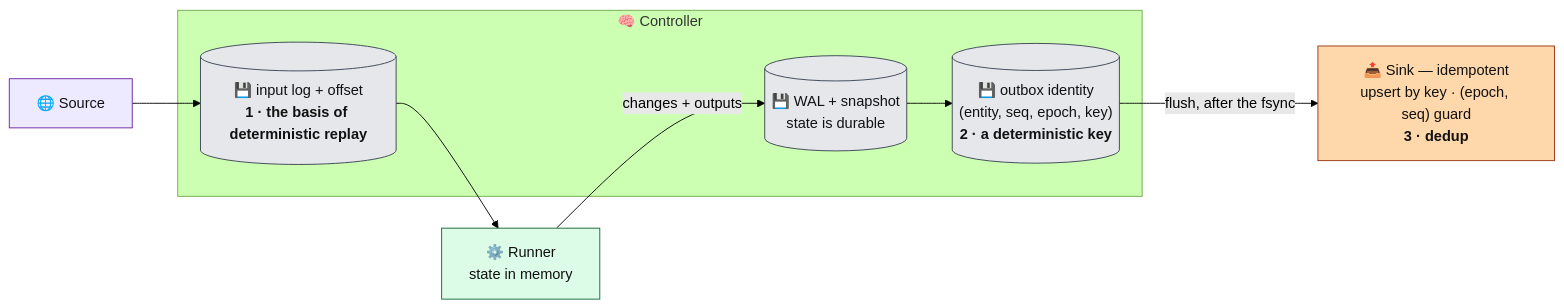
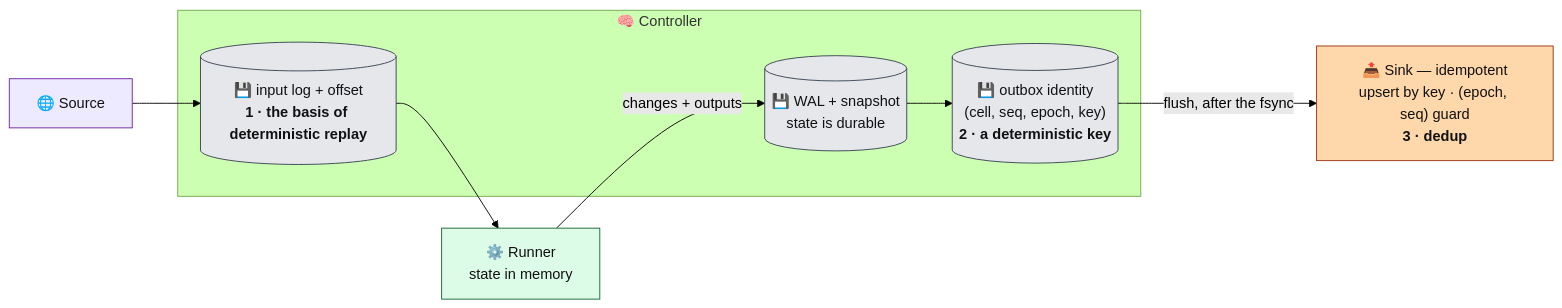
The eighth of 17 diagrams in docs/architecture/kernel.md (Flezha/flezha), drawn with Mermaid (forest theme) before and after one commit. The commit also changed other lines of this file and 604 other files, not shown here.

First line of the commit message:
Rename Procedure to Tasklet and Entity to Cell

````diff
--- a/docs/architecture/kernel.md
+++ b/docs/architecture/kernel.md
@@ -394,23 +394,23 @@
 ```mermaid
 flowchart LR
     SRC["🌐 Source"]:::src
     subgraph CTRL["🧠 Controller"]
         IL[("💾 input log + offset<br/><b>1 · the basis of deterministic replay</b>")]:::store
         WAL2[("💾 WAL + snapshot<br/>state is durable")]:::store
-        OB[("💾 outbox identity<br/>(entity, seq, epoch, key)<br/><b>2 · a deterministic key</b>")]:::store
+        OB[("💾 outbox identity<br/>(cell, seq, epoch, key)<br/><b>2 · a deterministic key</b>")]:::store
     end
     EX["⚙️ Runner<br/>state in memory"]:::exec
     SINK["📤 Sink — idempotent<br/>upsert by key · (epoch, seq) guard<br/><b>3 · dedup</b>"]:::sink
 
     SRC --> IL
     IL --> EX
     EX -->|"changes + outputs"| WAL2
     WAL2 --> OB
     OB -->|"flush, after the fsync"| SINK
 
     classDef ctrl fill:#dbeafe,stroke:#1e40af,color:#111
     classDef exec fill:#dcfce7,stroke:#166534,color:#111
     classDef sink fill:#fed7aa,stroke:#9a3412,color:#111
     classDef src fill:#ede9fe,stroke:#6b21a8,color:#111
     classDef store fill:#e5e7eb,stroke:#374151,color:#111
 ```
````
